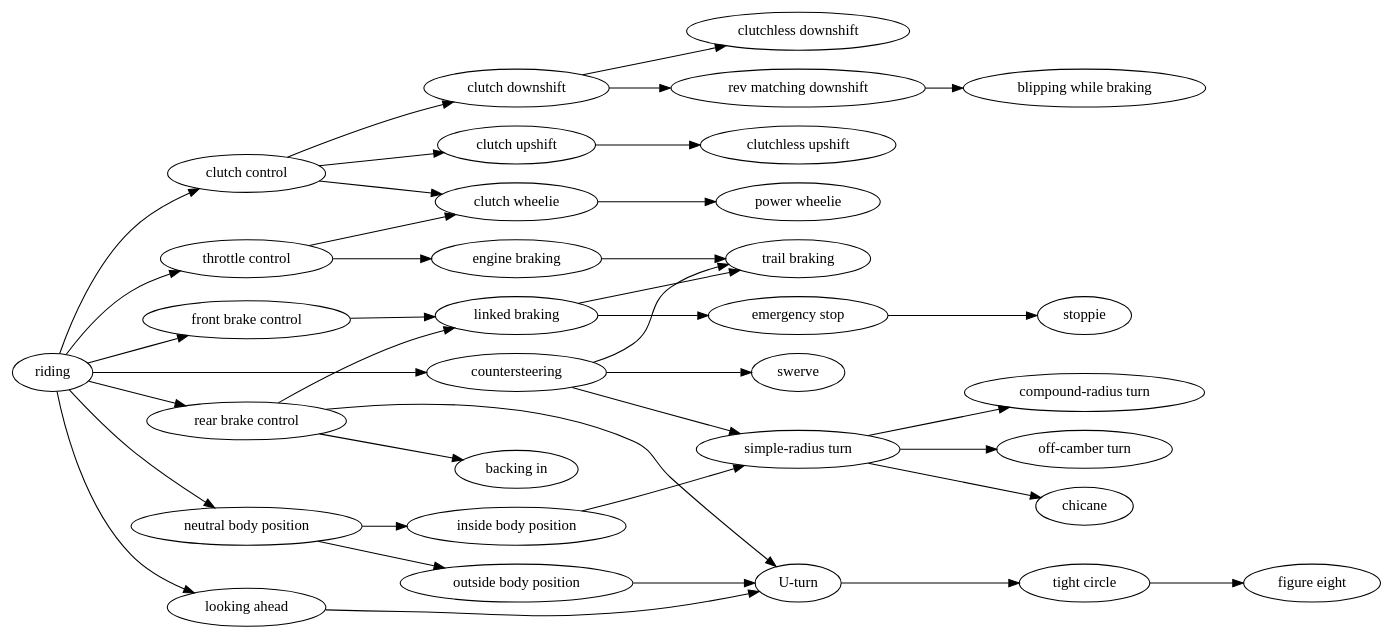
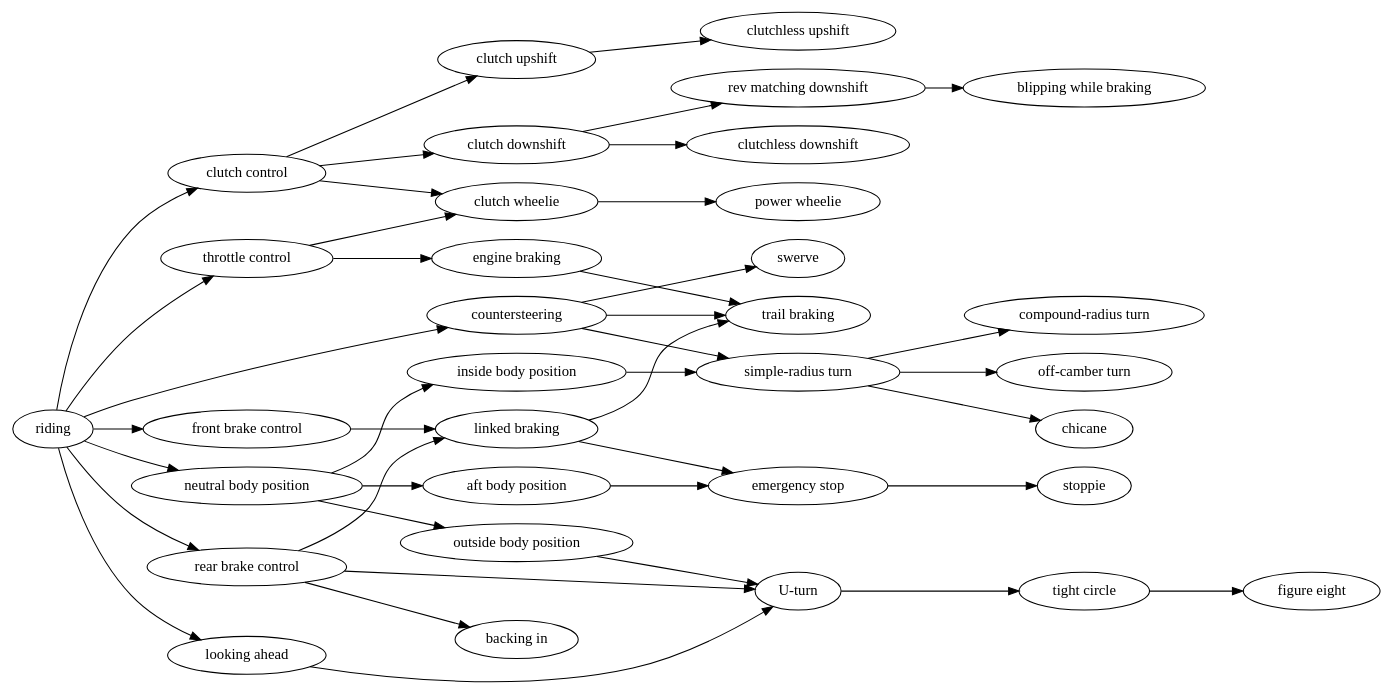
One commit to kemitchell/motoskills.kemitchell.com changed the diagram in riding.dot. Above: the diagram before and after it, drawn with Graphviz. The commit also changed 1 other file, not shown here.

Commit message:
Add "aft body position"

```diff
--- a/riding.dot
+++ b/riding.dot
@@ -1,29 +1,30 @@
 digraph {
   rankdir=LR;
   "riding" -> {"clutch control", "front brake control", "rear brake control", "throttle control", "countersteering", "looking ahead", "neutral body position"};
   "neutral body position" -> "inside body position";
+  "neutral body position" -> "aft body position" -> "emergency stop";
   "neutral body position" -> "outside body position" -> "U-turn";
   "countersteering" -> "simple-radius turn";
   "simple-radius turn" -> {"compound-radius turn", "off-camber turn"};
   "inside body position" -> "simple-radius turn" -> "chicane";
   "clutch control" -> "clutch upshift";
   "clutch control" -> "clutch downshift";
   "clutch control" -> "clutch wheelie";
   "throttle control" -> "clutch wheelie";
   "looking ahead" -> "U-turn";
   "countersteering" -> "trail braking";
   "countersteering" -> "swerve";
   "throttle control" -> "engine braking" -> "trail braking";
   "clutch wheelie" -> "power wheelie";
   "U-turn" -> "tight circle" -> "figure eight";
   "rear brake control" -> "U-turn";
   "rear brake control" -> "backing in";
   "rear brake control" -> "linked braking";
   "front brake control" -> "linked braking";
   "linked braking" -> "trail braking";
   "linked braking" -> "emergency stop" -> "stoppie";
   "clutch upshift" -> "clutchless upshift";
   "clutch downshift" -> "clutchless downshift";
   "clutch downshift" -> "rev matching downshift";
   "rev matching downshift" -> "blipping while braking";
 }
```
